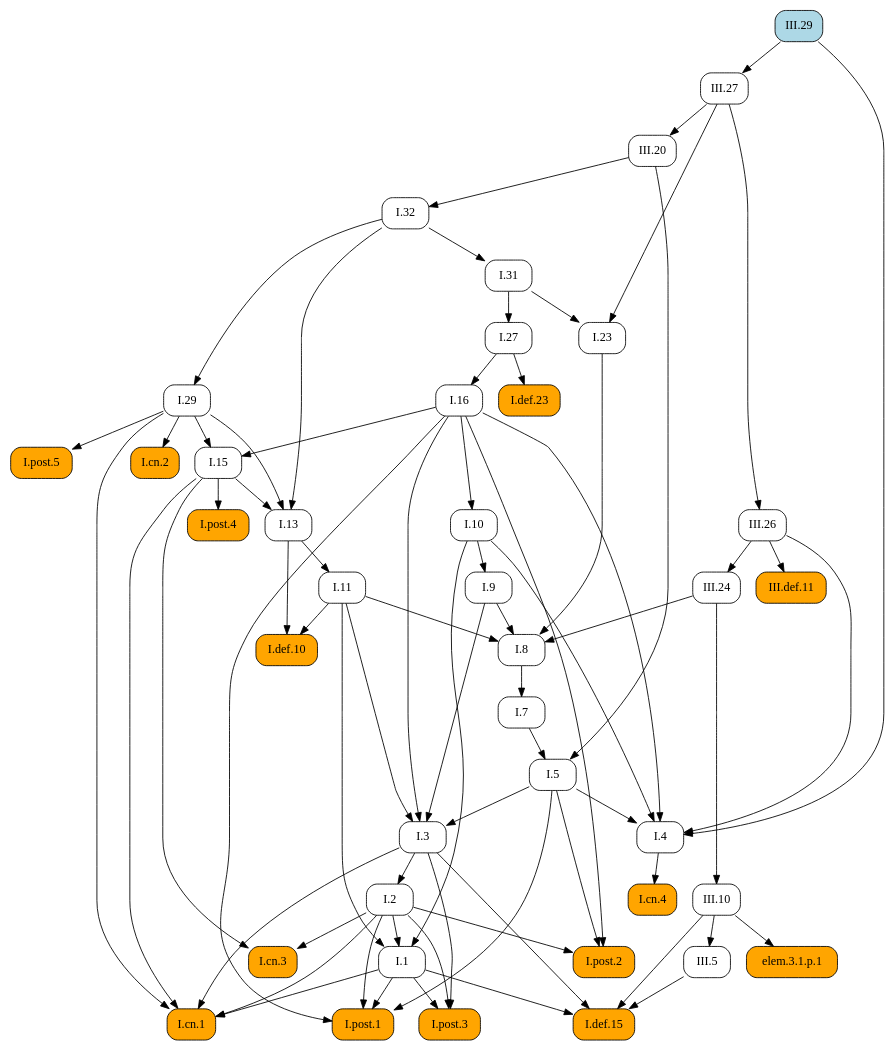
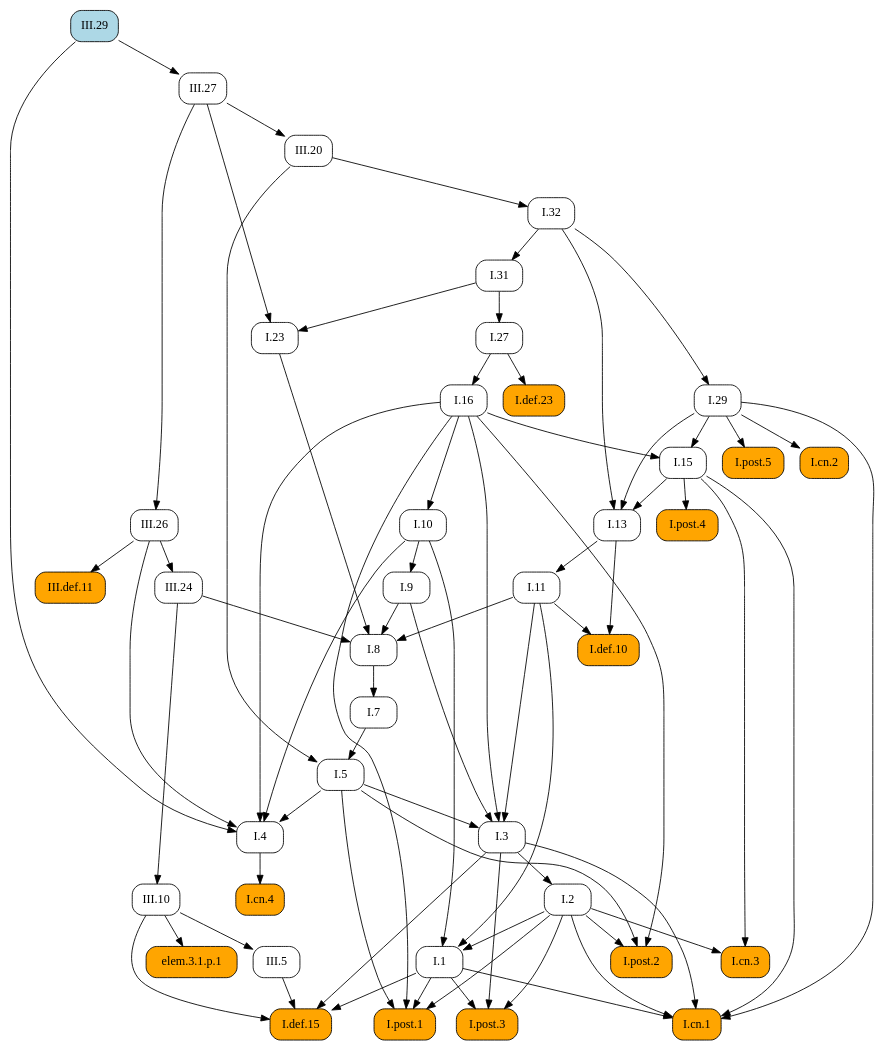
Before and after one commit to geometor/elements: the diagram in docsrc/elements2/III/29/index.rst, drawn with Graphviz. The commit also changed other lines of this file and 409 other files, not shown here.

First line of the commit message:
feat: Add image cropping and graphic extraction script

```diff
--- a/docsrc/elements2/III/29/index.rst
+++ b/docsrc/elements2/III/29/index.rst
@@ -48,114 +48,114 @@
    digraph {
      rankdir="TB";
      node [shape=box, style=rounded];
+     "I.31" [URL="/elements2/I/31/", target="_top"];
      "I.8" [URL="/elements2/I/8/", target="_top"];
+     "I.5" [URL="/elements2/I/5/", target="_top"];
+     "I.15" [URL="/elements2/I/15/", target="_top"];
+     "I.cn.1" [style="rounded,filled", fillcolor=orange, URL="/elements2/I/cn.1/", target="_top"];
      "I.32" [URL="/elements2/I/32/", target="_top"];
+     "I.7" [URL="/elements2/I/7/", target="_top"];
+     "I.23" [URL="/elements2/I/23/", target="_top"];
+     "elem.3.1.p.1" [style="rounded,filled", fillcolor=orange];
+     "III.26" [URL="/elements2/III/26/", target="_top"];
+     "I.16" [URL="/elements2/I/16/", target="_top"];
+     "III.20" [URL="/elements2/III/20/", target="_top"];
+     "III.29" [style="rounded,filled", fillcolor=lightblue, URL="/elements2/III/29/", target="_top"];
      "III.27" [URL="/elements2/III/27/", target="_top"];
+     "I.def.15" [style="rounded,filled", fillcolor=orange, URL="/elements2/I/def.15/", target="_top"];
+     "I.def.10" [style="rounded,filled", fillcolor=orange, URL="/elements2/I/def.10/", target="_top"];
+     "I.11" [URL="/elements2/I/11/", target="_top"];
+     "I.post.4" [style="rounded,filled", fillcolor=orange, URL="/elements2/I/post.4/", target="_top"];
+     "III.5" [URL="/elements2/III/5/", target="_top"];
+     "I.def.23" [style="rounded,filled", fillcolor=orange, URL="/elements2/I/def.23/", target="_top"];
+     "I.post.5" [style="rounded,filled", fillcolor=orange, URL="/elements2/I/post.5/", target="_top"];
+     "I.3" [URL="/elements2/I/3/", target="_top"];
+     "I.10" [URL="/elements2/I/10/", target="_top"];
+     "I.cn.3" [style="rounded,filled", fillcolor=orange, URL="/elements2/I/cn.3/", target="_top"];
+     "III.24" [URL="/elements2/III/24/", target="_top"];
+     "I.13" [URL="/elements2/I/13/", target="_top"];
+     "I.4" [URL="/elements2/I/4/", target="_top"];
+     "I.post.3" [style="rounded,filled", fillcolor=orange, URL="/elements2/I/post.3/", target="_top"];
+     "I.9" [URL="/elements2/I/9/", target="_top"];
+     "I.29" [URL="/elements2/I/29/", target="_top"];
      "I.post.1" [style="rounded,filled", fillcolor=orange, URL="/elements2/I/post.1/", target="_top"];
-     "I.5" [URL="/elements2/I/5/", target="_top"];
-     "I.post.5" [style="rounded,filled", fillcolor=orange, URL="/elements2/I/post.5/", target="_top"];
-     "III.29" [style="rounded,filled", fillcolor=lightblue, URL="/elements2/III/29/", target="_top"];
-     "I.def.10" [style="rounded,filled", fillcolor=orange, URL="/elements2/I/def.10/", target="_top"];
-     "I.cn.2" [style="rounded,filled", fillcolor=orange, URL="/elements2/I/cn.2/", target="_top"];
-     "I.def.15" [style="rounded,filled", fillcolor=orange, URL="/elements2/I/def.15/", target="_top"];
-     "I.31" [URL="/elements2/I/31/", target="_top"];
-     "I.11" [URL="/elements2/I/11/", target="_top"];
-     "III.def.11" [style="rounded,filled", fillcolor=orange, URL="/elements2/III/def.11/", target="_top"];
-     "III.24" [URL="/elements2/III/24/", target="_top"];
-     "I.3" [URL="/elements2/I/3/", target="_top"];
-     "I.post.2" [style="rounded,filled", fillcolor=orange, URL="/elements2/I/post.2/", target="_top"];
      "III.10" [URL="/elements2/III/10/", target="_top"];
-     "I.def.23" [style="rounded,filled", fillcolor=orange, URL="/elements2/I/def.23/", target="_top"];
-     "I.1" [URL="/elements2/I/1/", target="_top"];
-     "I.cn.4" [style="rounded,filled", fillcolor=orange, URL="/elements2/I/cn.4/", target="_top"];
-     "I.cn.3" [style="rounded,filled", fillcolor=orange, URL="/elements2/I/cn.3/", target="_top"];
-     "III.5" [URL="/elements2/III/5/", target="_top"];
-     "III.20" [URL="/elements2/III/20/", target="_top"];
-     "I.7" [URL="/elements2/I/7/", target="_top"];
-     "III.26" [URL="/elements2/III/26/", target="_top"];
-     "I.9" [URL="/elements2/I/9/", target="_top"];
-     "elem.3.1.p.1" [style="rounded,filled", fillcolor=orange];
-     "I.cn.1" [style="rounded,filled", fillcolor=orange, URL="/elements2/I/cn.1/", target="_top"];
-     "I.29" [URL="/elements2/I/29/", target="_top"];
-     "I.post.4" [style="rounded,filled", fillcolor=orange, URL="/elements2/I/post.4/", target="_top"];
-     "I.16" [URL="/elements2/I/16/", target="_top"];
-     "I.13" [URL="/elements2/I/13/", target="_top"];
      "I.2" [URL="/elements2/I/2/", target="_top"];
      "I.27" [URL="/elements2/I/27/", target="_top"];
-     "I.4" [URL="/elements2/I/4/", target="_top"];
-     "I.10" [URL="/elements2/I/10/", target="_top"];
-     "I.15" [URL="/elements2/I/15/", target="_top"];
-     "I.23" [URL="/elements2/I/23/", target="_top"];
-     "I.post.3" [style="rounded,filled", fillcolor=orange, URL="/elements2/I/post.3/", target="_top"];
+     "III.def.11" [style="rounded,filled", fillcolor=orange, URL="/elements2/III/def.11/", target="_top"];
+     "I.cn.4" [style="rounded,filled", fillcolor=orange, URL="/elements2/I/cn.4/", target="_top"];
+     "I.cn.2" [style="rounded,filled", fillcolor=orange, URL="/elements2/I/cn.2/", target="_top"];
+     "I.1" [URL="/elements2/I/1/", target="_top"];
+     "I.post.2" [style="rounded,filled", fillcolor=orange, URL="/elements2/I/post.2/", target="_top"];
+     "I.32" -> "I.31";
      "I.9" -> "I.8";
      "I.11" -> "I.8";
      "I.23" -> "I.8";
      "III.24" -> "I.8";
-     "III.20" -> "I.32";
-     "III.29" -> "III.27";
-     "I.1" -> "I.post.1";
-     "I.2" -> "I.post.1";
-     "I.5" -> "I.post.1";
-     "I.16" -> "I.post.1";
      "I.7" -> "I.5";
      "III.20" -> "I.5";
-     "I.29" -> "I.post.5";
-     "I.11" -> "I.def.10";
-     "I.13" -> "I.def.10";
-     "I.29" -> "I.cn.2";
-     "I.1" -> "I.def.15";
-     "I.3" -> "I.def.15";
-     "III.5" -> "I.def.15";
-     "III.10" -> "I.def.15";
-     "I.32" -> "I.31";
-     "I.13" -> "I.11";
-     "III.26" -> "III.def.11";
-     "III.26" -> "III.24";
-     "I.5" -> "I.3";
-     "I.9" -> "I.3";
-     "I.11" -> "I.3";
-     "I.16" -> "I.3";
-     "I.2" -> "I.post.2";
-     "I.5" -> "I.post.2";
-     "I.16" -> "I.post.2";
-     "III.24" -> "III.10";
-     "I.27" -> "I.def.23";
-     "I.2" -> "I.1";
-     "I.10" -> "I.1";
-     "I.11" -> "I.1";
-     "I.4" -> "I.cn.4";
-     "I.2" -> "I.cn.3";
-     "I.15" -> "I.cn.3";
-     "III.10" -> "III.5";
-     "III.27" -> "III.20";
-     "I.8" -> "I.7";
-     "III.27" -> "III.26";
-     "I.10" -> "I.9";
-     "III.10" -> "elem.3.1.p.1";
+     "I.16" -> "I.15";
+     "I.29" -> "I.15";
      "I.1" -> "I.cn.1";
      "I.2" -> "I.cn.1";
      "I.3" -> "I.cn.1";
      "I.15" -> "I.cn.1";
      "I.29" -> "I.cn.1";
-     "I.32" -> "I.29";
+     "III.20" -> "I.32";
+     "I.8" -> "I.7";
+     "I.31" -> "I.23";
+     "III.27" -> "I.23";
+     "III.10" -> "elem.3.1.p.1";
+     "III.27" -> "III.26";
+     "I.27" -> "I.16";
+     "III.27" -> "III.20";
+     "III.29" -> "III.27";
+     "I.1" -> "I.def.15";
+     "I.3" -> "I.def.15";
+     "III.5" -> "I.def.15";
+     "III.10" -> "I.def.15";
+     "I.11" -> "I.def.10";
+     "I.13" -> "I.def.10";
+     "I.13" -> "I.11";
      "I.15" -> "I.post.4";
-     "I.27" -> "I.16";
+     "III.10" -> "III.5";
+     "I.27" -> "I.def.23";
+     "I.29" -> "I.post.5";
+     "I.5" -> "I.3";
+     "I.9" -> "I.3";
+     "I.11" -> "I.3";
+     "I.16" -> "I.3";
+     "I.16" -> "I.10";
+     "I.2" -> "I.cn.3";
+     "I.15" -> "I.cn.3";
+     "III.26" -> "III.24";
      "I.15" -> "I.13";
      "I.29" -> "I.13";
      "I.32" -> "I.13";
-     "I.3" -> "I.2";
-     "I.31" -> "I.27";
      "I.5" -> "I.4";
      "I.10" -> "I.4";
      "I.16" -> "I.4";
      "III.26" -> "I.4";
      "III.29" -> "I.4";
-     "I.16" -> "I.10";
-     "I.16" -> "I.15";
-     "I.29" -> "I.15";
-     "I.31" -> "I.23";
-     "III.27" -> "I.23";
      "I.1" -> "I.post.3";
      "I.2" -> "I.post.3";
      "I.3" -> "I.post.3";
+     "I.10" -> "I.9";
+     "I.32" -> "I.29";
+     "I.1" -> "I.post.1";
+     "I.2" -> "I.post.1";
+     "I.5" -> "I.post.1";
+     "I.16" -> "I.post.1";
+     "III.24" -> "III.10";
+     "I.3" -> "I.2";
+     "I.31" -> "I.27";
+     "III.26" -> "III.def.11";
+     "I.4" -> "I.cn.4";
+     "I.29" -> "I.cn.2";
+     "I.2" -> "I.1";
+     "I.10" -> "I.1";
+     "I.11" -> "I.1";
+     "I.2" -> "I.post.2";
+     "I.5" -> "I.post.2";
+     "I.16" -> "I.post.2";
    }
```
